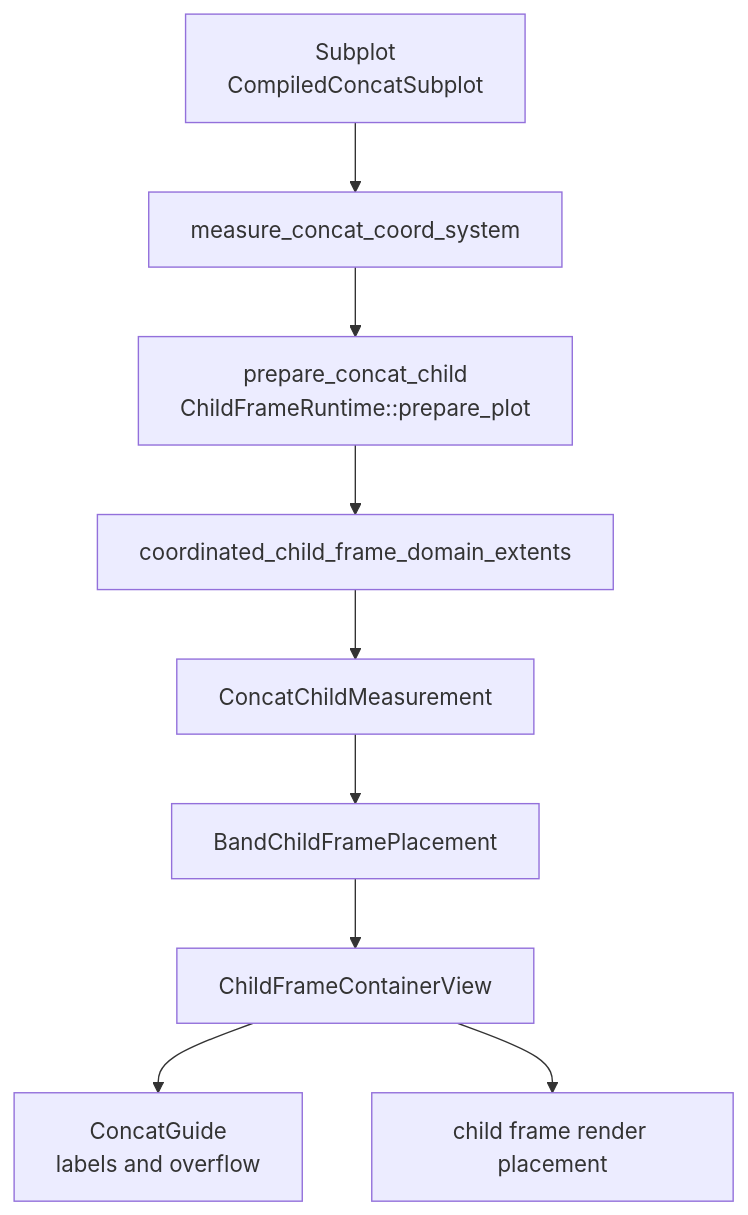
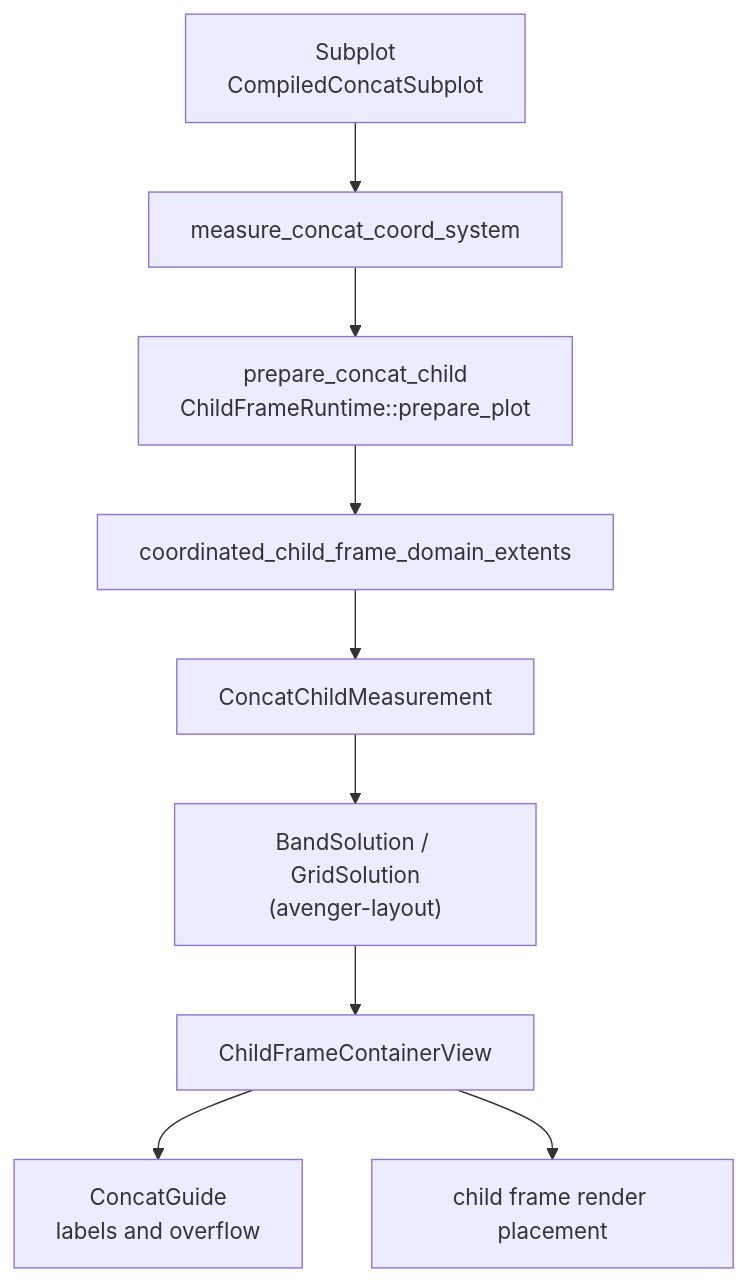
The diagram in avenger-chart/docs/architecture/concat-system.md (jonmmease/avenger), drawn with Mermaid before and after one commit. The commit also changed other lines of this file and 5 other files, not shown here.

First line of the commit message:
docs(chart): name the avenger-layout crate boundary

````diff
--- a/avenger-chart/docs/architecture/concat-system.md
+++ b/avenger-chart/docs/architecture/concat-system.md
@@ -13,21 +13,21 @@
 ```mermaid
 flowchart TD
     Compile["Subplot<HConcat/VConcat/GridConcat/WrapConcat>\nCompiledConcatSubplot"]
     Measure["measure_concat_coord_system"]
     Prepare["prepare_concat_child\nChildFrameRuntime::prepare_plot"]
     Domains["coordinated_child_frame_domain_extents"]
     Children["ConcatChildMeasurement"]
-    Band["BandChildFramePlacement"]
+    Band["BandSolution / GridSolution\n(avenger-layout)"]
     Guide["ConcatGuide\nlabels and overflow"]
     View["ChildFrameContainerView"]
     Render["child frame render placement"]
 
     Compile --> Measure
     Measure --> Prepare
     Prepare --> Domains
     Domains --> Children
     Children --> Band
     Band --> View
     View --> Guide
     View --> Render
 ```
````
